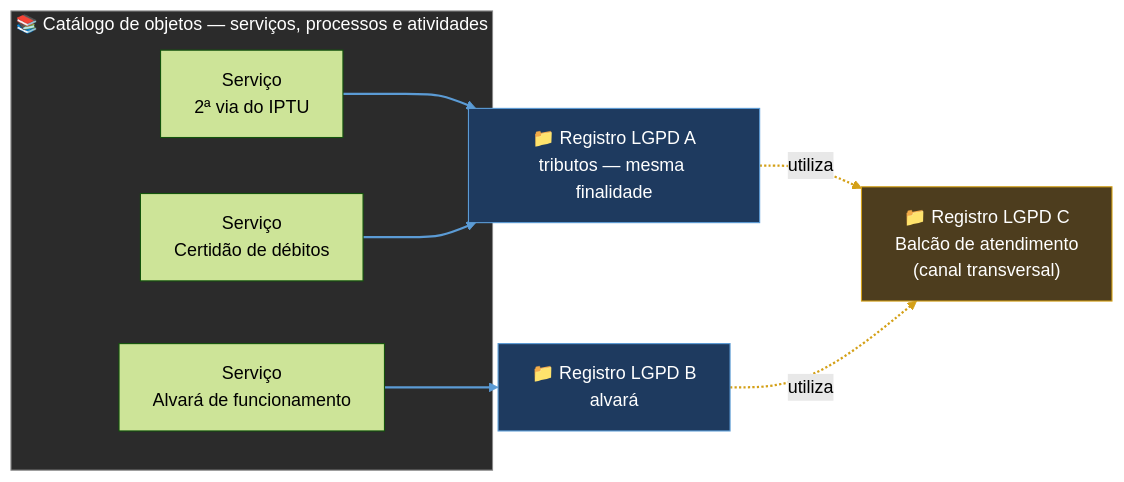
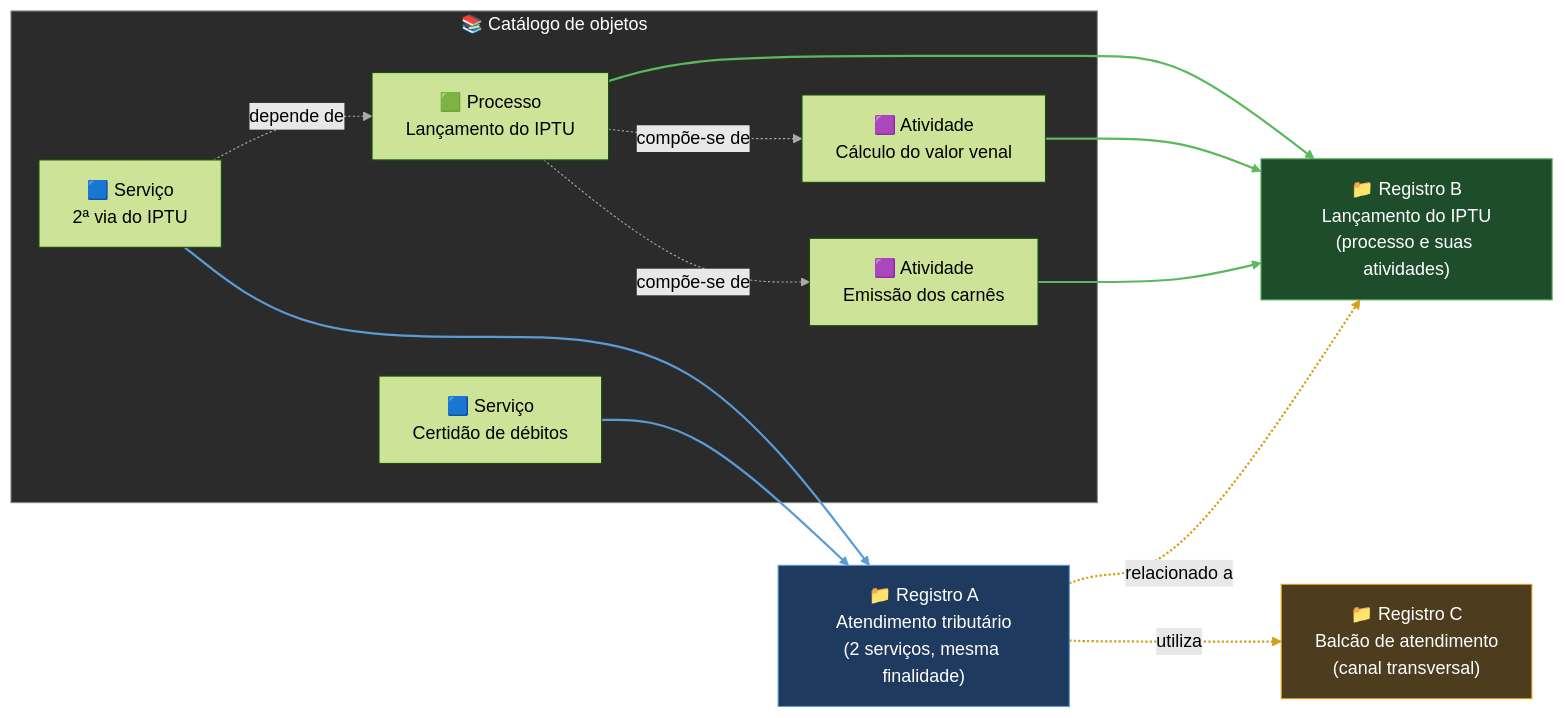
Before and after one commit to ailtonfv/governanca-lgpd-hortolandia: the fourth of 4 diagrams in README.md, drawn with Mermaid (forest theme). The commit also changed other lines of this file, not shown here.

Commit message:
README: servicos, processos e atividades

````diff
--- a/README.md
+++ b/README.md
@@ -80,22 +86,31 @@
 ```mermaid
 flowchart LR
-    subgraph CAT["📚 Catálogo de objetos — serviços, processos e atividades"]
-        S1["Serviço<br/>2ª via do IPTU"]
-        S2["Serviço<br/>Certidão de débitos"]
-        S3["Serviço<br/>Alvará de funcionamento"]
+    subgraph CAT["📚 Catálogo de objetos"]
+        S1["🟦 Serviço<br/>2ª via do IPTU"]
+        S2["🟦 Serviço<br/>Certidão de débitos"]
+        P1["🟩 Processo<br/>Lançamento do IPTU"]
+        A1["🟪 Atividade<br/>Cálculo do valor venal"]
+        A2["🟪 Atividade<br/>Emissão dos carnês"]
+        S1 -. "depende de" .-> P1
+        P1 -. "compõe-se de" .-> A1
+        P1 -. "compõe-se de" .-> A2
     end
-    R1["📁 Registro LGPD A<br/>tributos — mesma finalidade"]
-    R2["📁 Registro LGPD B<br/>alvará"]
-    RB["📁 Registro LGPD C<br/>Balcão de atendimento<br/>(canal transversal)"]
-    S1 --> R1
-    S2 --> R1
-    S3 --> R2
-    R1 -. "utiliza" .-> RB
-    R2 -. "utiliza" .-> RB
+    RA["📁 Registro A<br/>Atendimento tributário<br/>(2 serviços, mesma finalidade)"]
+    RB["📁 Registro B<br/>Lançamento do IPTU<br/>(processo e suas atividades)"]
+    RC["📁 Registro C<br/>Balcão de atendimento<br/>(canal transversal)"]
+    S1 --> RA
+    S2 --> RA
+    P1 --> RB
+    A1 --> RB
+    A2 --> RB
+    RA -. "utiliza" .-> RC
+    RA -. "relacionado a" .-> RB
     style CAT fill:#2b2b2b,stroke:#888,color:#fff
-    style R1 fill:#1e3a5f,stroke:#5b9bd5,color:#fff
-    style R2 fill:#1e3a5f,stroke:#5b9bd5,color:#fff
-    style RB fill:#4d3d1e,stroke:#d4a017,color:#fff
-    linkStyle 0,1,2 stroke:#5b9bd5,stroke-width:2px
-    linkStyle 3,4 stroke:#d4a017,stroke-width:2px
+    style RA fill:#1e3a5f,stroke:#5b9bd5,color:#fff
+    style RB fill:#1e4d2b,stroke:#5cb85c,color:#fff
+    style RC fill:#4d3d1e,stroke:#d4a017,color:#fff
+    linkStyle 0,1,2 stroke:#aaaaaa
+    linkStyle 3,4 stroke:#5b9bd5,stroke-width:2px
+    linkStyle 5,6,7 stroke:#5cb85c,stroke-width:2px
+    linkStyle 8,9 stroke:#d4a017,stroke-width:2px
 ```
````
